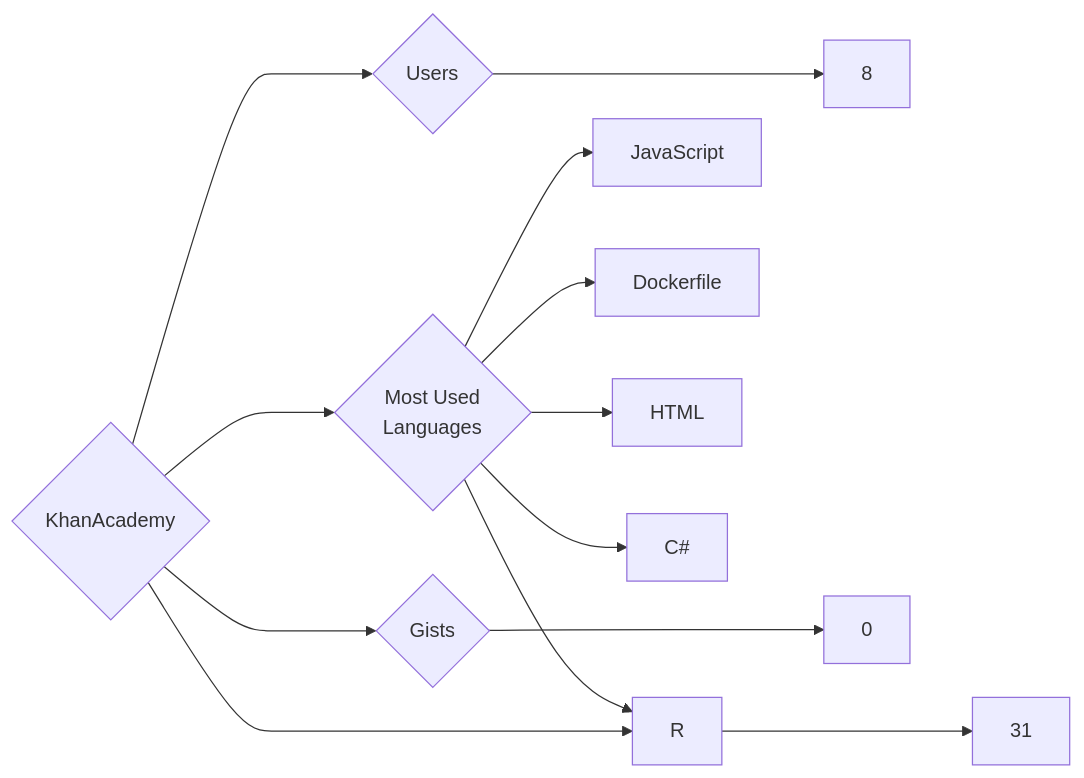
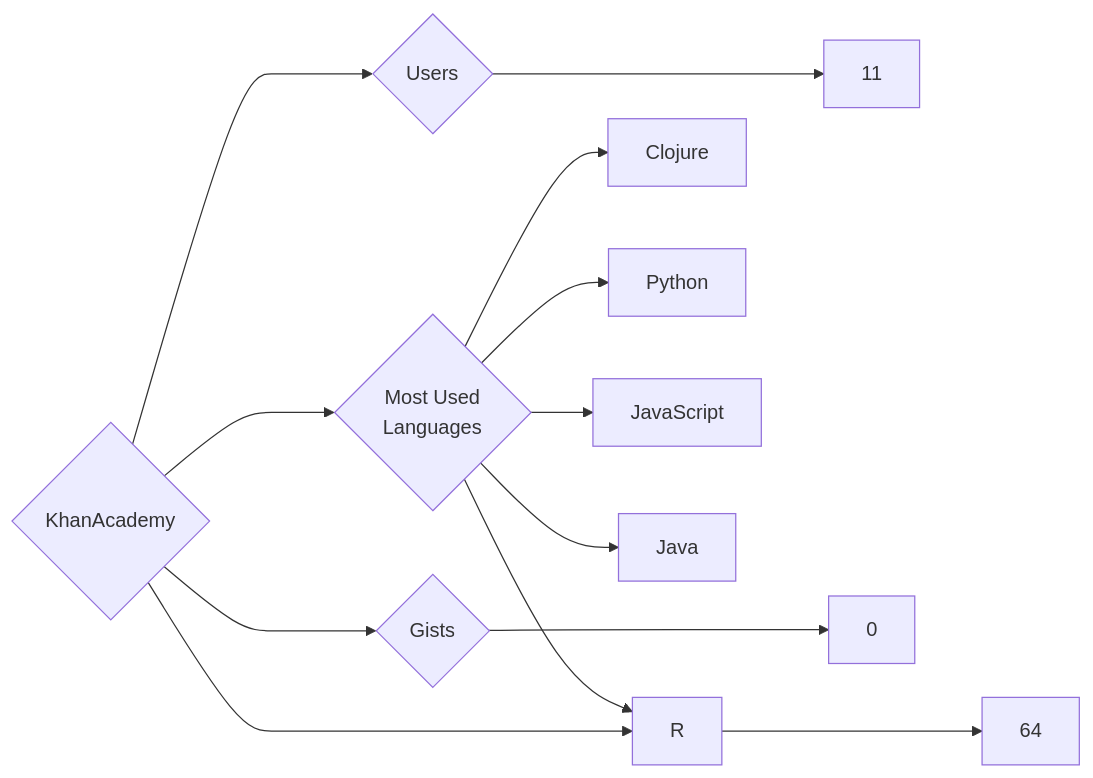
Before and after one commit to trickest/insiders: the diagram in targets/KhanAcademy/README.md, drawn with Mermaid. The commit also changed 1238 other files, not shown here.

````diff
--- a/targets/KhanAcademy/README.md
+++ b/targets/KhanAcademy/README.md
@@ -3,13 +3,13 @@
 ```mermaid
 graph LR
 COMPANY_NAME{KhanAcademy}
-COMPANY_NAME ---> U{Users} ---> UN[8]
-COMPANY_NAME ---> R{Repositories} ---> RN[31]
+COMPANY_NAME ---> U{Users} ---> UN[11]
+COMPANY_NAME ---> R{Repositories} ---> RN[64]
 COMPANY_NAME ---> G{Gists} ---> GN[0]
 COMPANY_NAME ---> ML{Most Used<br>Languages}
+ML --> Clojure[Clojure]
+ML --> Python[Python]
 ML --> JavaScript[JavaScript]
+ML --> Java[Java]
 ML --> R[R]
-ML --> Dockerfile[Dockerfile]
-ML --> HTML[HTML]
-ML --> C#[C#]
 ```
````
